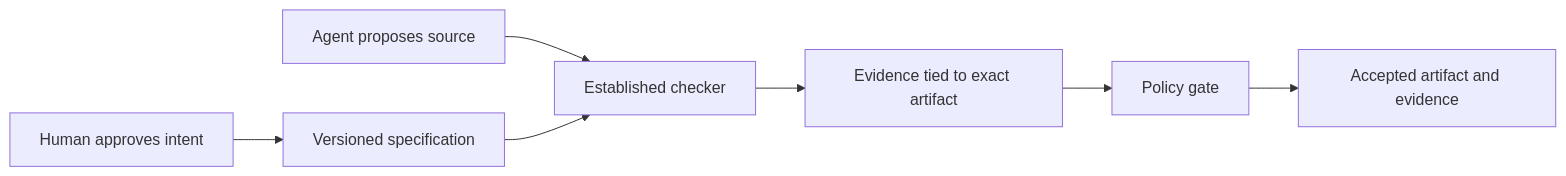
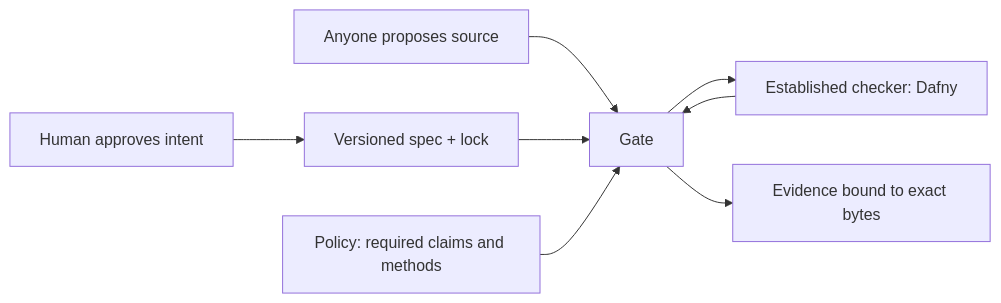
Before and after one commit to mack-dot/forge: the diagram in README.md, drawn with Mermaid. The commit also changed other lines of this file and 50 other files, not shown here.

````diff
--- a/README.md
+++ b/README.md
@@ -31,9 +59,10 @@
 ```mermaid
 flowchart LR
-    H[Human approves intent] --> S[Versioned specification]
-    A[Agent proposes source] --> C[Established checker]
-    S --> C
-    C --> E[Evidence tied to exact artifact]
-    E --> P[Policy gate]
-    P --> R[Accepted artifact and evidence]
+    H[Human approves intent] --> S[Versioned spec + lock]
+    A[Anyone proposes source] --> G[Gate]
+    S --> G
+    P[Policy: required claims and methods] --> G
+    G --> C[Established checker: Dafny]
+    C --> G
+    G --> E[Evidence bound to exact bytes]
 ```
````
